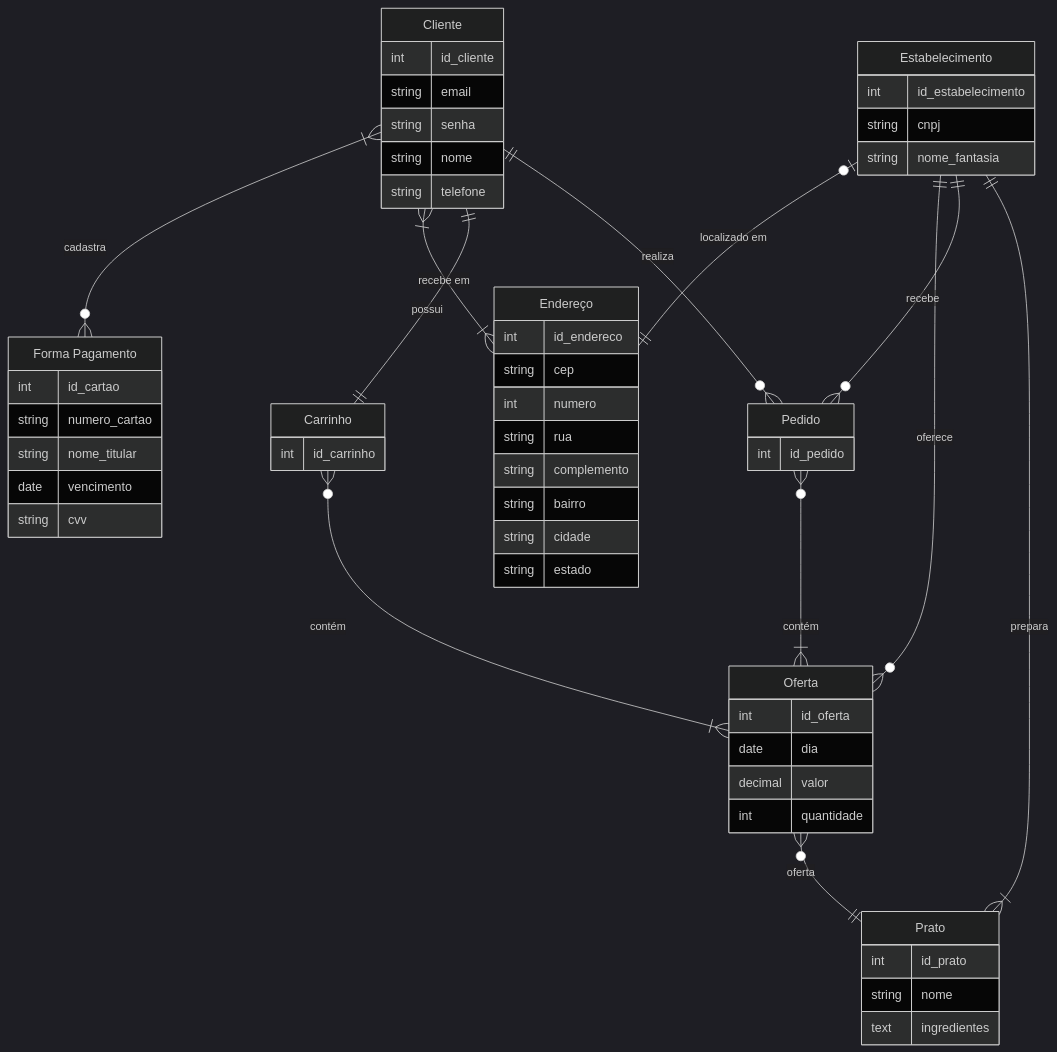
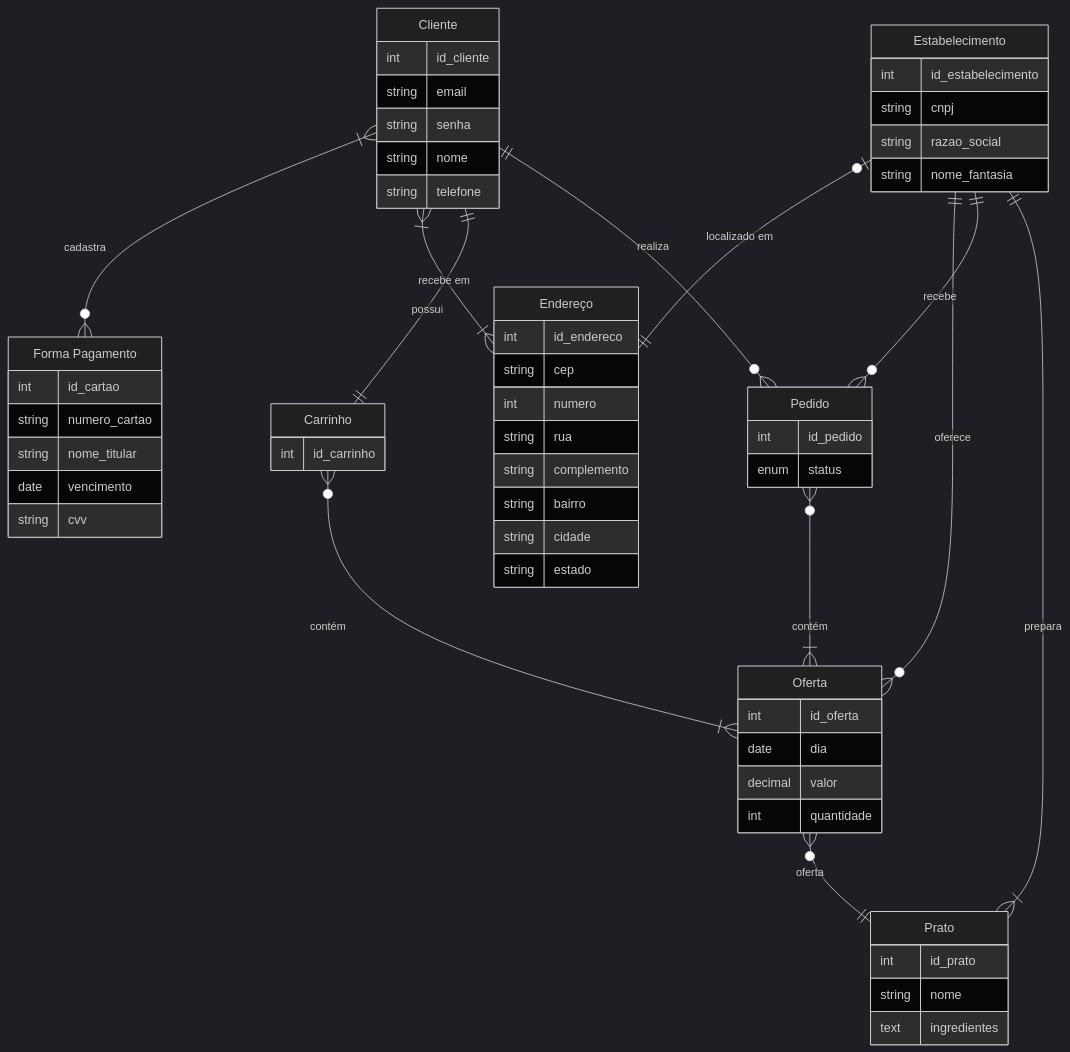
Before and after one commit to fabriciomj/desafio-trainee-back: the diagram in docs/diagrams/entidade_relacionamento.mmd, drawn with Mermaid.

Commit message:
Adiciona atributos para Estabelecimento e Pedido

```diff
--- a/docs/diagrams/entidade_relacionamento.mmd
+++ b/docs/diagrams/entidade_relacionamento.mmd
@@ -1,70 +1,72 @@
 ---
 config:
   theme: dark
 ---
 erDiagram
   Cliente {
     int id_cliente
     string email
     string senha
     string nome
     string telefone
   }
 
   Forma_Pagamento["Forma Pagamento"]  {
     int id_cartao
     string numero_cartao
     string nome_titular
     date vencimento
     string cvv
   }
 
   Estabelecimento {
     int id_estabelecimento
     string cnpj
+    string razao_social
     string nome_fantasia
   }
 
   Endereco["Endereço"] {
     int id_endereco
     string cep
     int numero
     string rua
     string complemento
     string bairro
     string cidade
     string estado
   }
 
   Prato {
     int id_prato
     string nome
     text ingredientes
   }
 
   Pedido {
     int id_pedido
+    enum status
   }
 
   Oferta {
     int id_oferta
     date dia
     decimal valor
     int quantidade
   }
 
   Carrinho {
     int id_carrinho
   }
 
   Cliente }|--o{ Forma_Pagamento : cadastra
   Estabelecimento |o--|| Endereco : "localizado em"
   Cliente }|--|{ Endereco : "recebe em"
   Estabelecimento ||--o{ Oferta : oferece
   Oferta }o--|| Prato : oferta
   Pedido }o--|{ Oferta : "contém"
   Carrinho }o--|{ Oferta : "contém"
   Cliente ||--|| Carrinho : possui
   Cliente ||--o{ Pedido : realiza
   Estabelecimento ||--o{ Pedido : recebe
   Estabelecimento ||--|{ Prato : prepara
```
